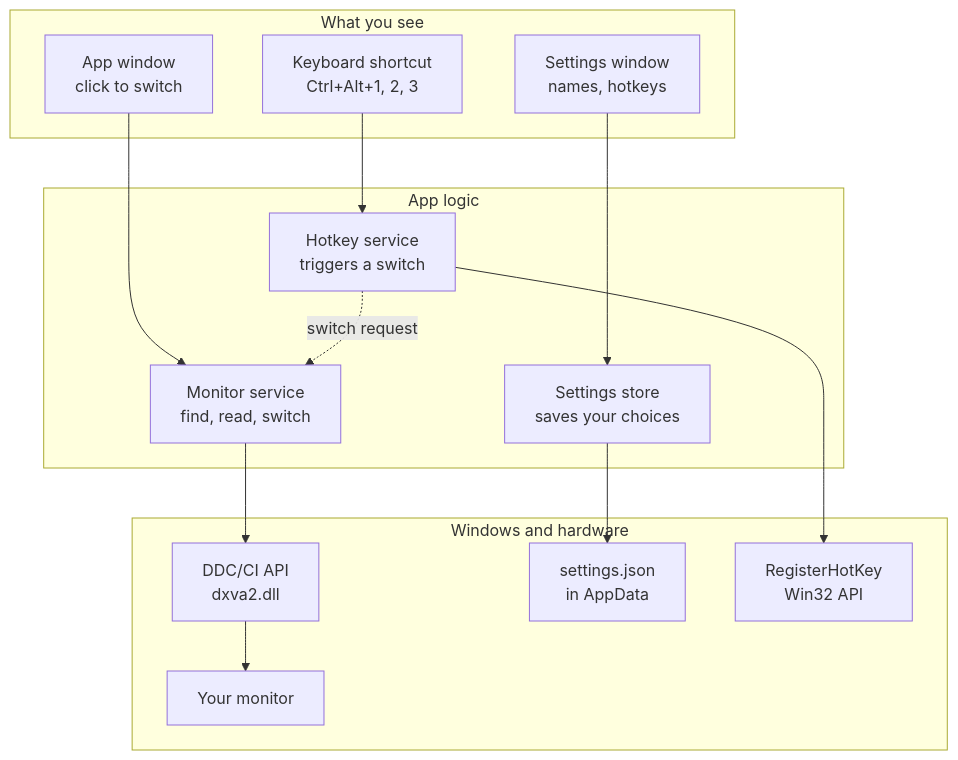
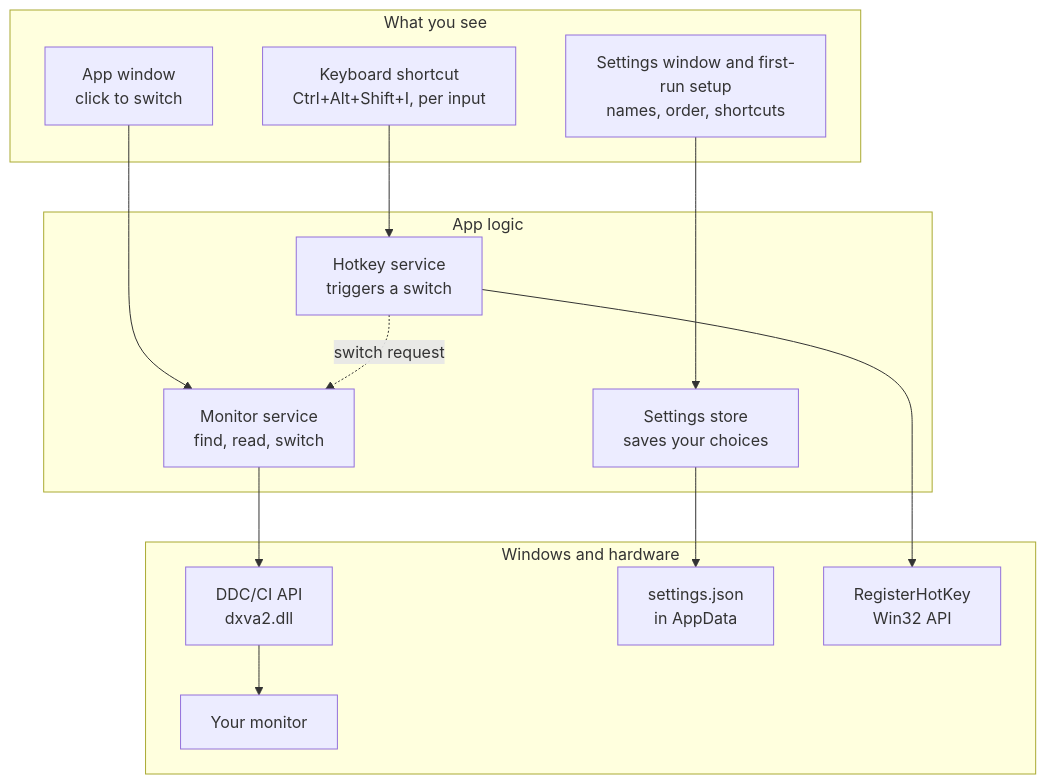
One commit to undah/inputflip changed the diagram in docs/architecture.md. Above: the diagram before and after it, drawn with Mermaid. The commit also changed other lines of this file and 3 other files, not shown here.

First line of the commit message:
Docs for stage 3: plan, README, CLAUDE.md, architecture

````diff
--- a/docs/architecture.md
+++ b/docs/architecture.md
@@ -3,23 +3,23 @@
 ```mermaid
 flowchart TD
     subgraph UI["What you see"]
         F[App window<br/>click to switch]
-        S[Settings window<br/>names, hotkeys]
-        K[Keyboard shortcut<br/>Ctrl+Alt+1, 2, 3]
+        S[Settings window and first-run setup<br/>names, order, shortcuts]
+        K[Keyboard shortcut<br/>Ctrl+Alt+Shift+I, per input]
     end
     subgraph Logic["App logic"]
         MS[Monitor service<br/>find, read, switch]
         SS[Settings store<br/>saves your choices]
         HS[Hotkey service<br/>triggers a switch]
     end
     subgraph OS["Windows and hardware"]
         D[DDC/CI API<br/>dxva2.dll]
         J[settings.json<br/>in AppData]
         R[RegisterHotKey<br/>Win32 API]
         M[Your monitor]
     end
     F --> MS --> D --> M
     S --> SS --> J
     K --> HS --> R
     HS -. switch request .-> MS
 ```
````
